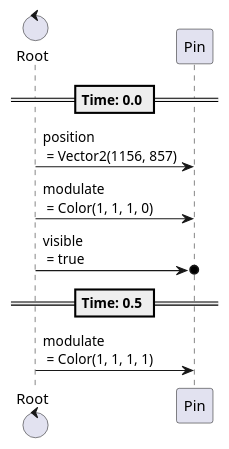
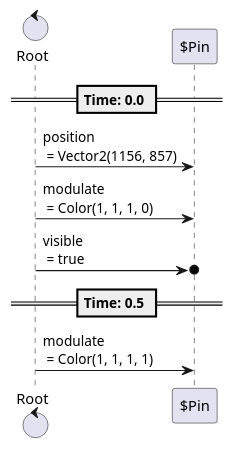
Before and after one commit to tkmfujise/Platformer-Game-Learning: diagram 12 of 24 in content/scenes/src/beginning/chapters/chapters.tscn.adoc, drawn with PlantUML. The commit also changed other lines of this file and 31 other files, not shown here.

Commit message:
Add prefix $ to node name in animation sequences

```diff
--- a/content/scenes/src/beginning/chapters/chapters.tscn.adoc
+++ b/content/scenes/src/beginning/chapters/chapters.tscn.adoc
@@ -545,16 +545,16 @@
 [plantuml]
 ....
-control "Root" as Root
-participant "Pin" as T0
+control "Root" as R
+participant "$Pin" as T0
 
 
 
 == Time: 0.0 ==
-Root  ->  T0 : position\n = Vector2(1156, 857)
-Root  ->  T0 : modulate\n = Color(1, 1, 1, 0)
-Root  ->o  T0 : visible\n = true
+R  ->  T0 : position\n = Vector2(1156, 857)
+R  ->  T0 : modulate\n = Color(1, 1, 1, 0)
+R  ->o  T0 : visible\n = true
 == Time: 0.5 ==
-Root  ->  T0 : modulate\n = Color(1, 1, 1, 1)
+R  ->  T0 : modulate\n = Color(1, 1, 1, 1)
 
 
 ....
```
